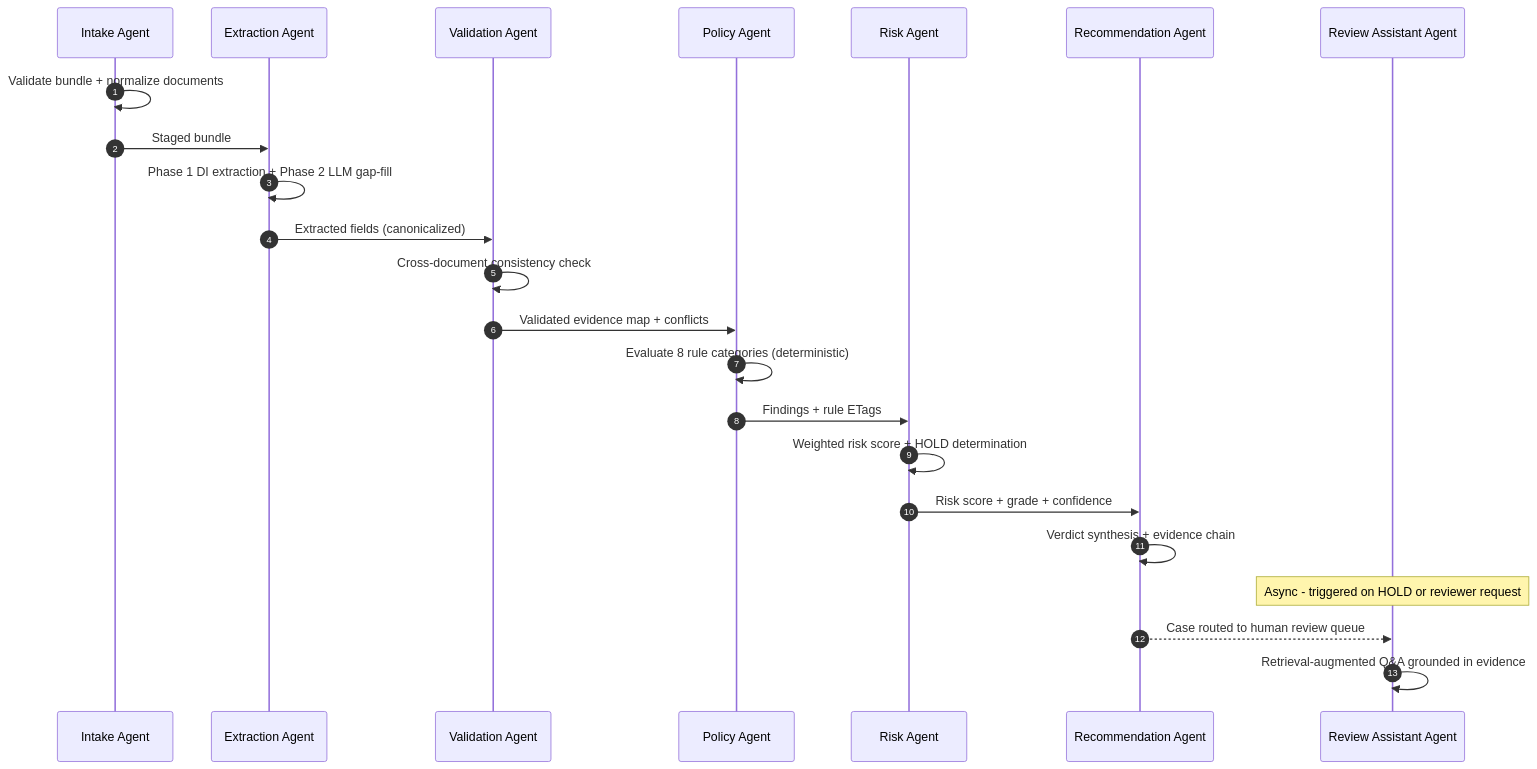
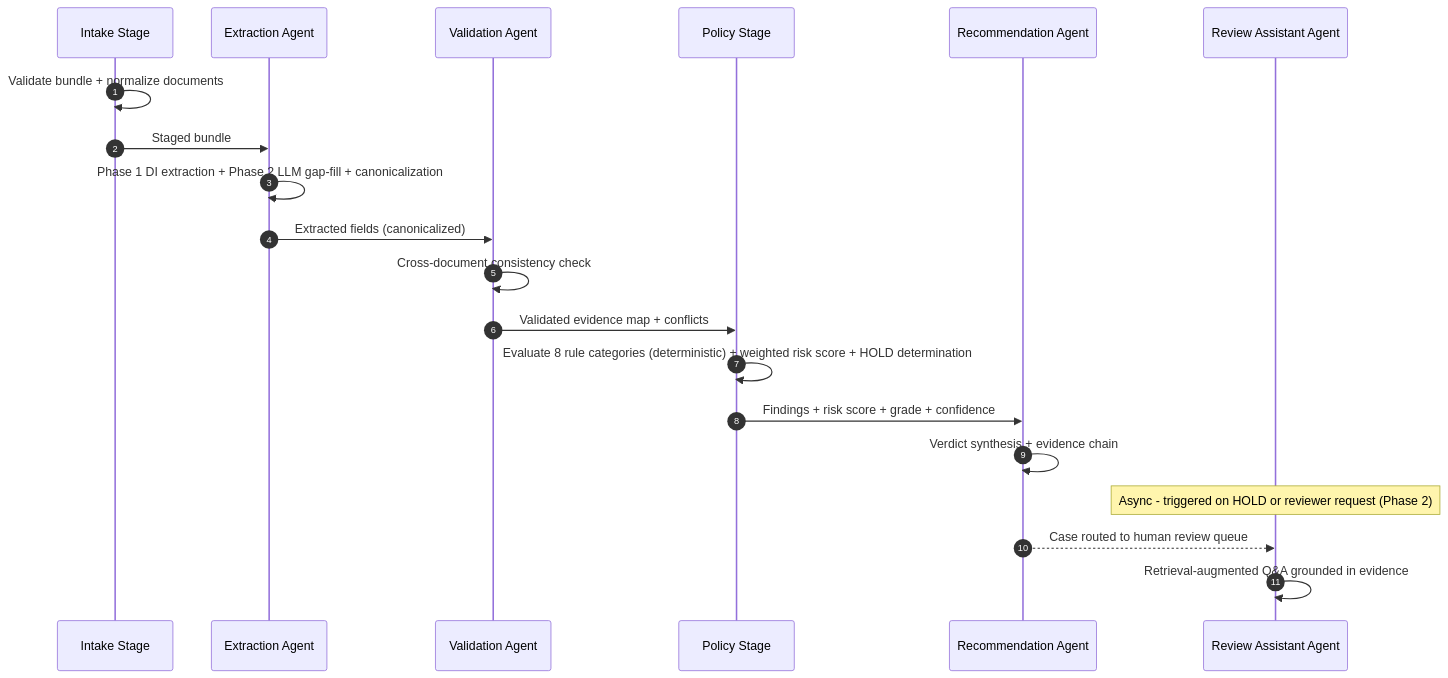
The second of 2 diagrams in docs/architecture/TechnicalArchitecture.md (microsoft/ai-regulatory-inspection-accelerator), drawn with Mermaid before and after one commit. The commit also changed other lines of this file and 3 other files, not shown here.

First line of the commit message:
docs(docs): consolidate agent/stage pipeline and add ADR maturity tiers

````diff
--- a/docs/architecture/TechnicalArchitecture.md
+++ b/docs/architecture/TechnicalArchitecture.md
@@ -233,26 +231,23 @@
 ```mermaid
 sequenceDiagram
     autonumber
-    participant INT as Intake Agent
+    participant INT as Intake Stage
     participant EXT as Extraction Agent
     participant VAL as Validation Agent
-    participant POL as Policy Agent
-    participant RSK as Risk Agent
+    participant POL as Policy Stage
     participant REC as Recommendation Agent
     participant REV as Review Assistant Agent
 
     INT->>INT: Validate bundle + normalize documents
     INT->>EXT: Staged bundle
-    EXT->>EXT: Phase 1 DI extraction + Phase 2 LLM gap-fill
+    EXT->>EXT: Phase 1 DI extraction + Phase 2 LLM gap-fill + canonicalization
     EXT->>VAL: Extracted fields (canonicalized)
     VAL->>VAL: Cross-document consistency check
     VAL->>POL: Validated evidence map + conflicts
-    POL->>POL: Evaluate 8 rule categories (deterministic)
-    POL->>RSK: Findings + rule ETags
-    RSK->>RSK: Weighted risk score + HOLD determination
-    RSK->>REC: Risk score + grade + confidence
+    POL->>POL: Evaluate 8 rule categories (deterministic) + weighted risk score + HOLD determination
+    POL->>REC: Findings + risk score + grade + confidence
     REC->>REC: Verdict synthesis + evidence chain
-    Note over REV: Async - triggered on HOLD or reviewer request
+    Note over REV: Async - triggered on HOLD or reviewer request (Phase 2)
     REC-->>REV: Case routed to human review queue
     REV->>REV: Retrieval-augmented Q&A grounded in evidence
 ```
````
